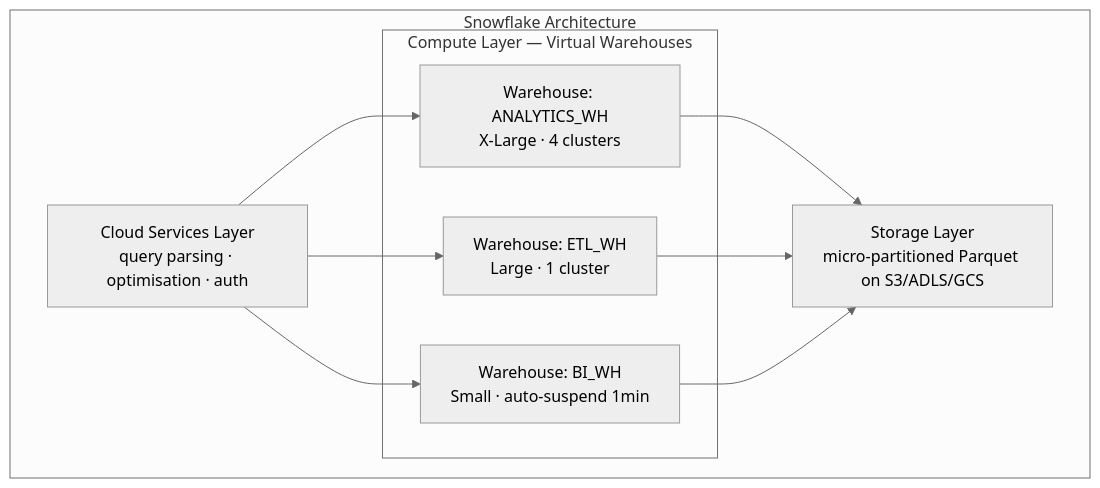
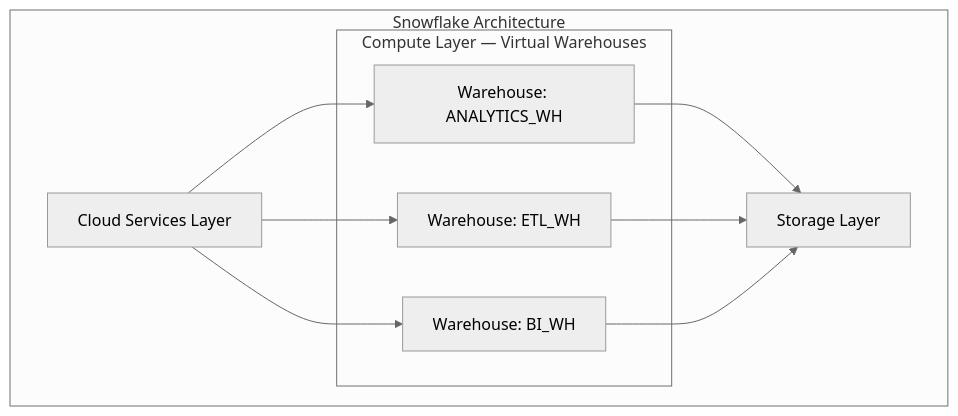
Before and after one commit to gcmishra7/data-engineering-helper: the diagram in 06-snowflake/03-virtual-warehouses.md, drawn with Mermaid (neutral theme). The commit also changed other lines of this file and 57 other files, not shown here.

First line of the commit message:
Shorten mermaid node labels to fix text truncation on GitHub

````diff
--- a/06-snowflake/03-virtual-warehouses.md
+++ b/06-snowflake/03-virtual-warehouses.md
@@ -8,19 +8,19 @@
 ```mermaid
 graph TD
     subgraph Snowflake Architecture
-        CS[Cloud Services Layer<br/>query parsing · optimisation · auth]
+        CS[Cloud Services Layer]
         subgraph Compute[Compute Layer — Virtual Warehouses]
-            VW1[Warehouse: ANALYTICS_WH<br/>X-Large · 4 clusters]
-            VW2[Warehouse: ETL_WH<br/>Large · 1 cluster]
-            VW3[Warehouse: BI_WH<br/>Small · auto-suspend 1min]
+            VW1[Warehouse: ANALYTICS_WH]
+            VW2[Warehouse: ETL_WH]
+            VW3[Warehouse: BI_WH]
         end
-        ST[Storage Layer<br/>micro-partitioned Parquet on S3/ADLS/GCS]
+        ST[Storage Layer]
     end
 
     VW1 --> ST
     VW2 --> ST
     VW3 --> ST
     CS --> VW1
     CS --> VW2
     CS --> VW3
 ```
````
